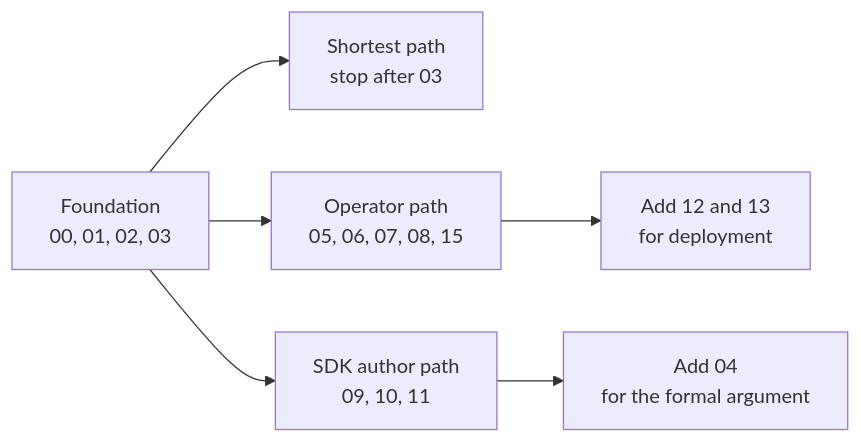
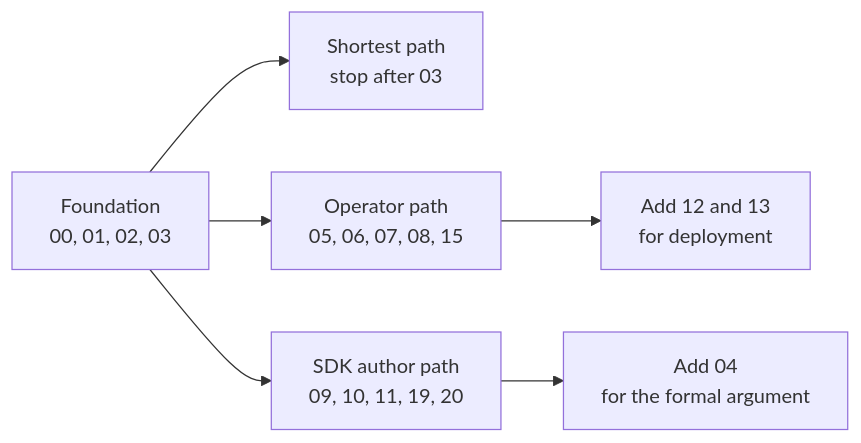
One commit to ewe-studios/explorations changed the first of 2 diagrams in src.durable-streams/src.resonate/markdown/README.md. Above: the diagram before and after it, drawn with Mermaid. The commit also changed other lines of this file and 9 other files, not shown here.

````diff
--- a/src.durable-streams/src.resonate/markdown/README.md
+++ b/src.durable-streams/src.resonate/markdown/README.md
@@ -101,9 +102,9 @@
 ```mermaid
 flowchart LR
     F["Foundation<br/>00, 01, 02, 03"]
     F --> S["Shortest path<br/>stop after 03"]
     F --> O["Operator path<br/>05, 06, 07, 08, 15"]
-    F --> A["SDK author path<br/>09, 10, 11"]
+    F --> A["SDK author path<br/>09, 10, 11, 19, 20"]
     O --> D["Add 12 and 13<br/>for deployment"]
     A --> FM["Add 04<br/>for the formal argument"]
 ```
````
